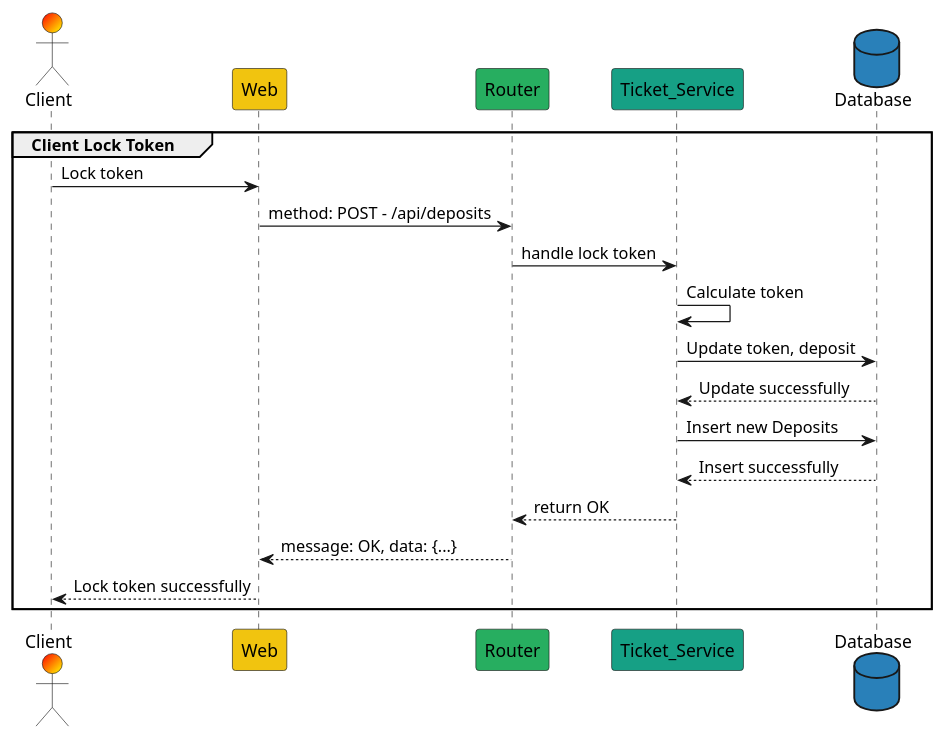
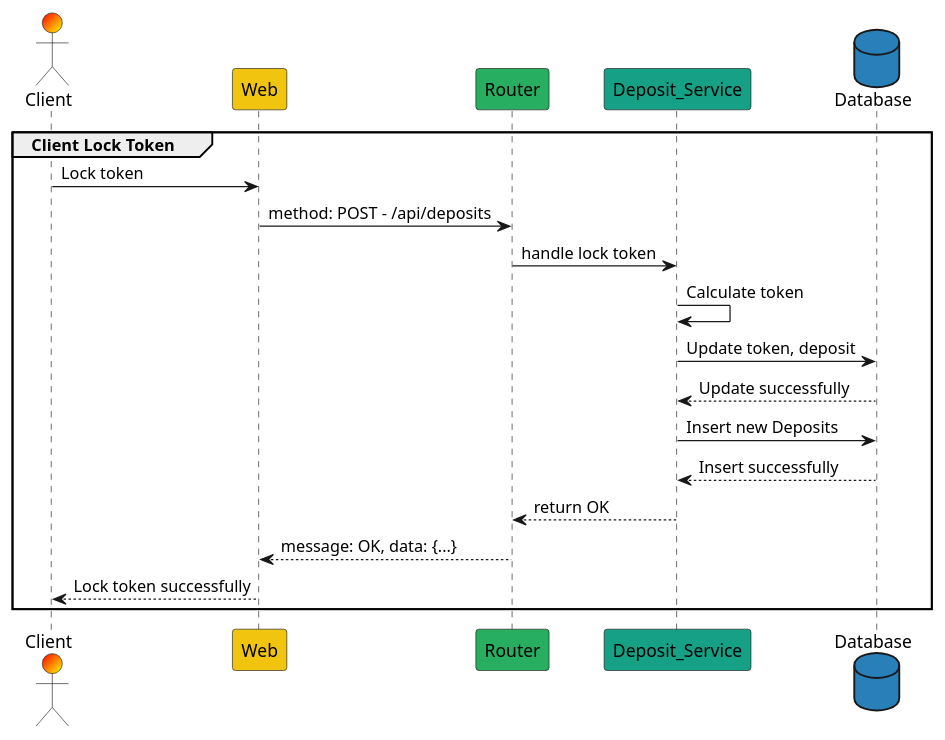
One commit to nddmanh/raffle-api changed the diagram in docs/flow-lock-token.puml. Above: the diagram before and after it, drawn with PlantUML. The commit also changed 3 other files, not shown here.

```diff
--- a/docs/flow-lock-token.puml
+++ b/docs/flow-lock-token.puml
@@ -1,24 +1,24 @@
 @startuml
 
-actor        Client         as C  #FF0000/FFFF00
-participant  Web            as W  #f1c40f
-participant  Router         as R  #27ae60
-participant  Ticket_Service as S  #16a085
-database     Database       as DB #2980b9
+actor        Client          as C  #FF0000/FFFF00
+participant  Web             as W  #f1c40f
+participant  Router          as R  #27ae60
+participant  Deposit_Service as S  #16a085
+database     Database        as DB #2980b9
 
 group Client Lock Token
 C   ->  W    :  Lock token
 W   ->  R    :  method: POST - /api/deposits
 R   ->  S    :  handle lock token
 S   ->  S    :  Calculate token
 S   ->  DB   :  Update token, deposit
 DB  --> S    :  Update successfully
 S   ->  DB   :  Insert new Deposits
 DB  --> S    :  Insert successfully
 S   --> R    :  return OK
 R   --> W    :  message: OK, data: {...}
 W   --> C    :  Lock token successfully
 end
 
 
 @enduml
```
